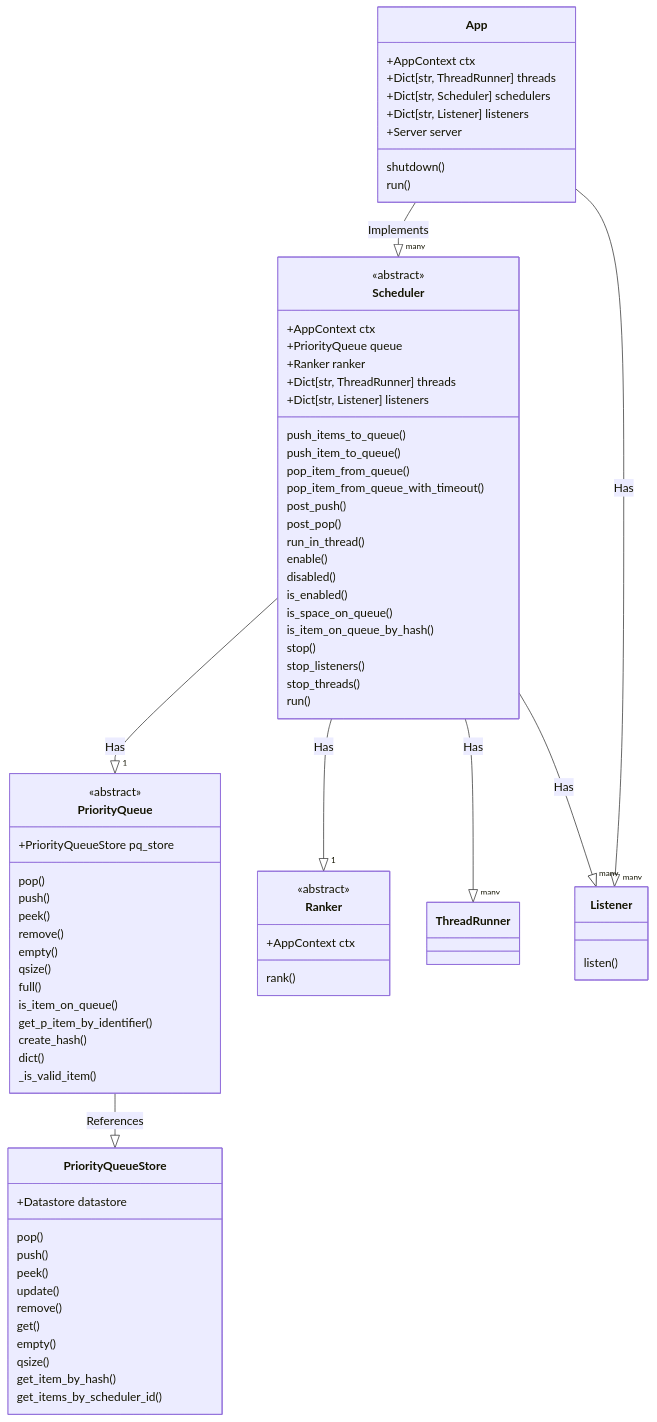
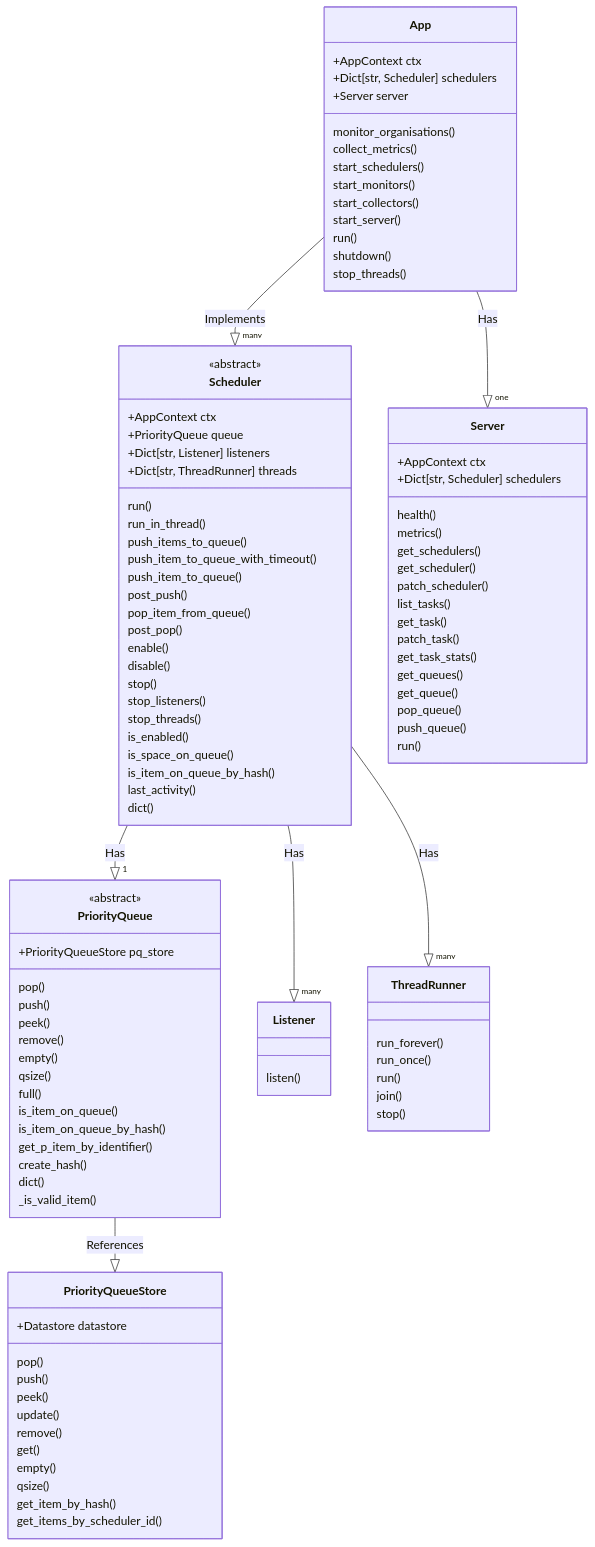
One commit to minvws/nl-kat-coordination changed the first of 2 diagrams in mula/docs/architecture.md. Above: the diagram before and after it, drawn with Mermaid. The commit also changed other lines of this file and 14 other files, not shown here.

Commit message:
Update scheduler architecture documentation (#2387)

````diff
--- a/mula/docs/architecture.md
+++ b/mula/docs/architecture.md
@@ -565,38 +354,70 @@
 ```mermaid
 classDiagram
-
     class App {
         +AppContext ctx
-        +Dict[str, ThreadRunner] threads
         +Dict[str, Scheduler] schedulers
-        +Dict[str, Listener] listeners
         +Server server
+
+        monitor_organisations()
+        collect_metrics()
+        start_schedulers()
+        start_monitors()
+        start_collectors()
+        start_server()
+        run()
         shutdown()
-        run()
+        stop_threads()
     }
 
     class Scheduler {
         <<abstract>>
         +AppContext ctx
         +PriorityQueue queue
-        +Ranker ranker
+        +Dict[str, Listener] listeners
         +Dict[str, ThreadRunner] threads
-        +Dict[str, Listener] listeners
+
+        run()
+        run_in_thread()
+
         push_items_to_queue()
+        push_item_to_queue_with_timeout()
         push_item_to_queue()
+        post_push()
+
         pop_item_from_queue()
-        pop_item_from_queue_with_timeout()
-        post_push()
         post_pop()
-        run_in_thread()
+
         enable()
-        disabled()
+        disable()
+        stop()
+        stop_listeners()
+        stop_threads()
+
         is_enabled()
         is_space_on_queue()
         is_item_on_queue_by_hash()
-        stop()
-        stop_listeners()
-        stop_threads()
+
+        last_activity()
+        dict()
+    }
+
+    class Server {
+        +AppContext ctx
+        +Dict[str, Scheduler] schedulers
+
+        health()
+        metrics()
+        get_schedulers()
+        get_scheduler()
+        patch_scheduler()
+        list_tasks()
+        get_task()
+        patch_task()
+        get_task_stats()
+        get_queues()
+        get_queue()
+        pop_queue()
+        push_queue()
         run()
     }
 
@@ -611,6 +432,7 @@
         qsize()
         full()
         is_item_on_queue()
+        is_item_on_queue_by_hash()
         get_p_item_by_identifier()
         create_hash()
         dict()
@@ -631,23 +453,22 @@
         get_items_by_scheduler_id()
     }
 
-    class Ranker {
-        <<abstract>>
-        +AppContext ctx
-        rank()
-    }
-
     class Listener {
         listen()
     }
 
+    class ThreadRunner {
+        run_forever()
+        run_once()
+        run()
+        join()
+        stop()
+    }
+
     App --|> "many" Scheduler : Implements
-    App --|> "many" Listener : Has
-
+    App --|> "one" Server: Has
     Scheduler --|> "1" PriorityQueue : Has
-    Scheduler --|> "1" Ranker : Has
     Scheduler --|> "many" ThreadRunner : Has
     Scheduler --|> "many" Listener : Has
-
     PriorityQueue --|> PriorityQueueStore: References
 ```
````
